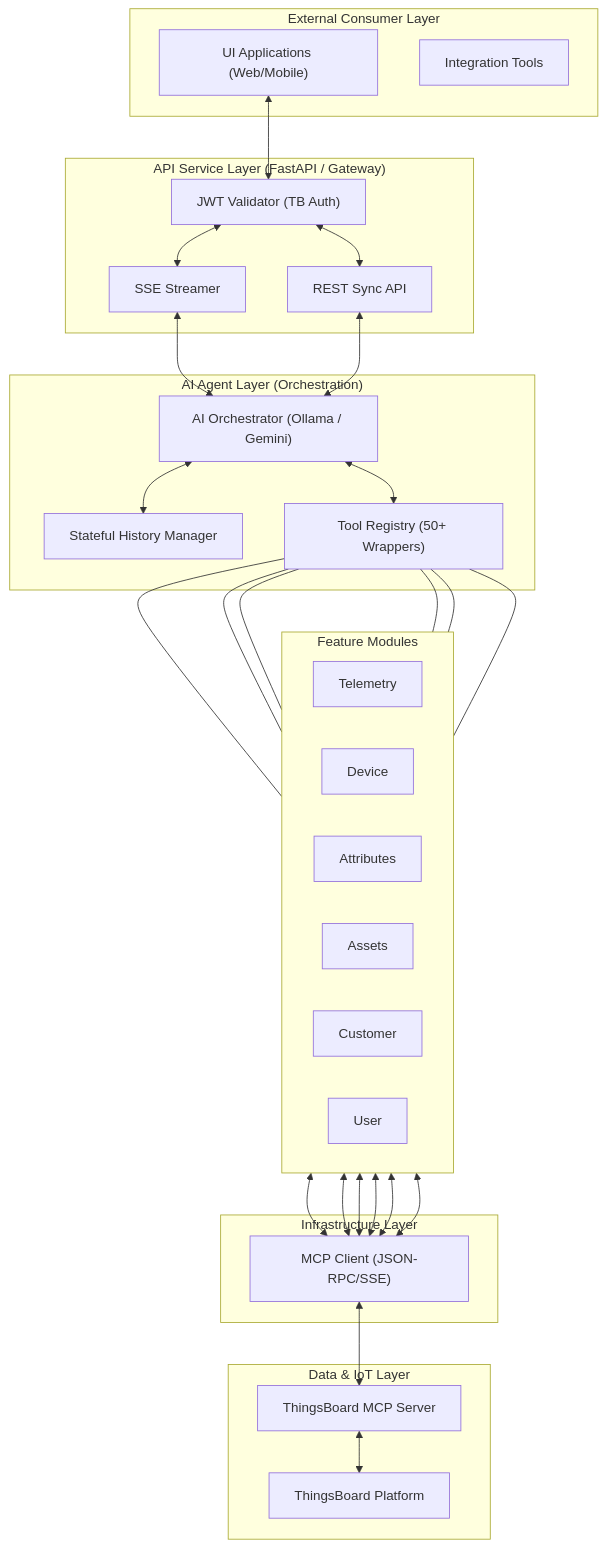
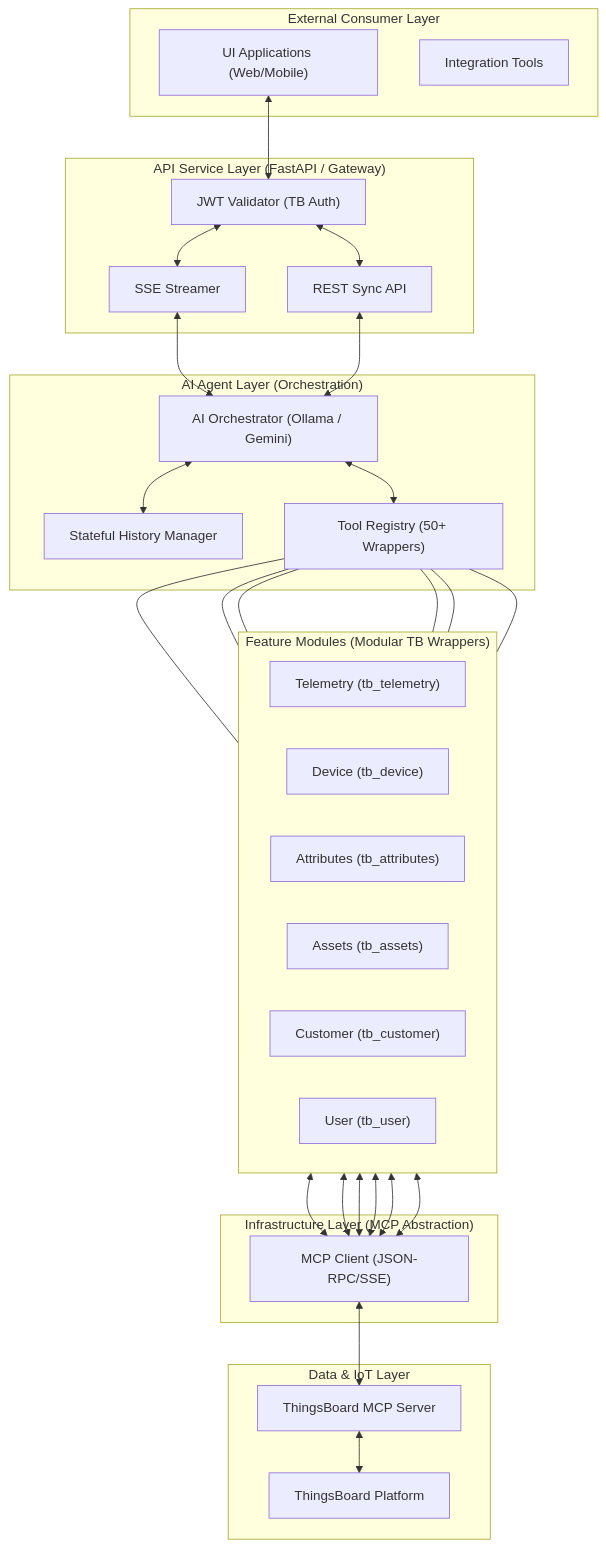
One commit to Poojashri0301/ollama-thingsboard-agent changed the first of 3 diagrams in README.md. Above: the diagram before and after it, drawn with Mermaid. The commit also changed other lines of this file, not shown here.

````diff
--- a/README.md
+++ b/README.md
@@ -115,57 +17,57 @@
 ```mermaid
 graph TB
     subgraph "External Consumer Layer"
         UI["UI Applications (Web/Mobile)"]
         Postman["Integration Tools"]
     end
 
     subgraph "API Service Layer (FastAPI / Gateway)"
         Auth["JWT Validator (TB Auth)"]
         SSE["SSE Streamer"]
         SyncAPI["REST Sync API"]
     end
 
     subgraph "AI Agent Layer (Orchestration)"
         Agent["AI Orchestrator (Ollama / Gemini)"]
         History["Stateful History Manager"]
         ToolRegistry["Tool Registry (50+ Wrappers)"]
     end
 
-    subgraph "Feature Modules"
+    subgraph "Feature Modules (Modular TB Wrappers)"
         direction LR
-        TM["Telemetry"]
-        DV["Device"]
-        AT["Attributes"]
-        AS["Assets"]
-        CU["Customer"]
-        US["User"]
+        TM["Telemetry (tb_telemetry)"]
+        DV["Device (tb_device)"]
+        AT["Attributes (tb_attributes)"]
+        AS["Assets (tb_assets)"]
+        CU["Customer (tb_customer)"]
+        US["User (tb_user)"]
     end
 
-    subgraph "Infrastructure Layer"
+    subgraph "Infrastructure Layer (MCP Abstraction)"
         MCP_Client["MCP Client (JSON-RPC/SSE)"]
     end
 
     subgraph "Data & IoT Layer"
         MCP_Server["ThingsBoard MCP Server"]
         TB_Platform["ThingsBoard Platform"]
     end
 
     UI <--> Auth
     Auth <--> SSE
     Auth <--> SyncAPI
     SSE <--> Agent
     SyncAPI <--> Agent
     Agent <--> ToolRegistry
     Agent <--> History
     
     ToolRegistry --- TM
     ToolRegistry --- DV
     ToolRegistry --- AT
     ToolRegistry --- AS
     ToolRegistry --- CU
     ToolRegistry --- US
 
     TM & DV & AT & AS & CU & US <--> MCP_Client
     MCP_Client <--> MCP_Server
     MCP_Server <--> TB_Platform
 ```
````
